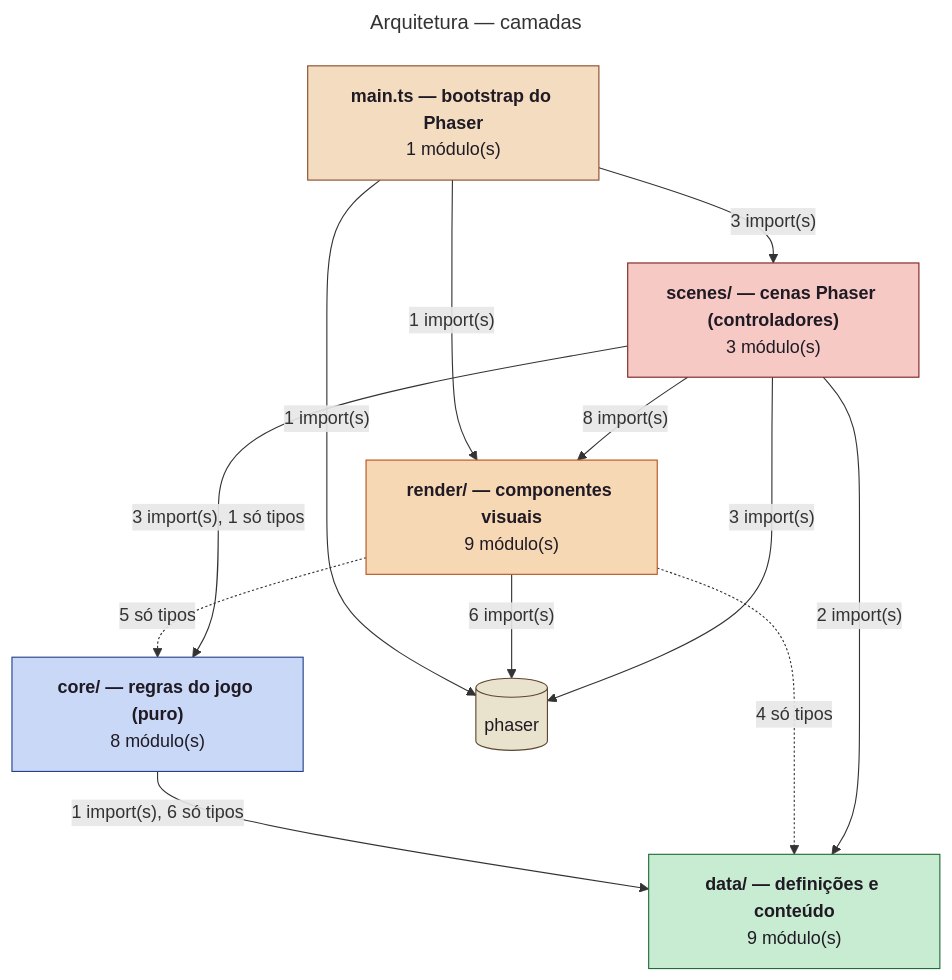
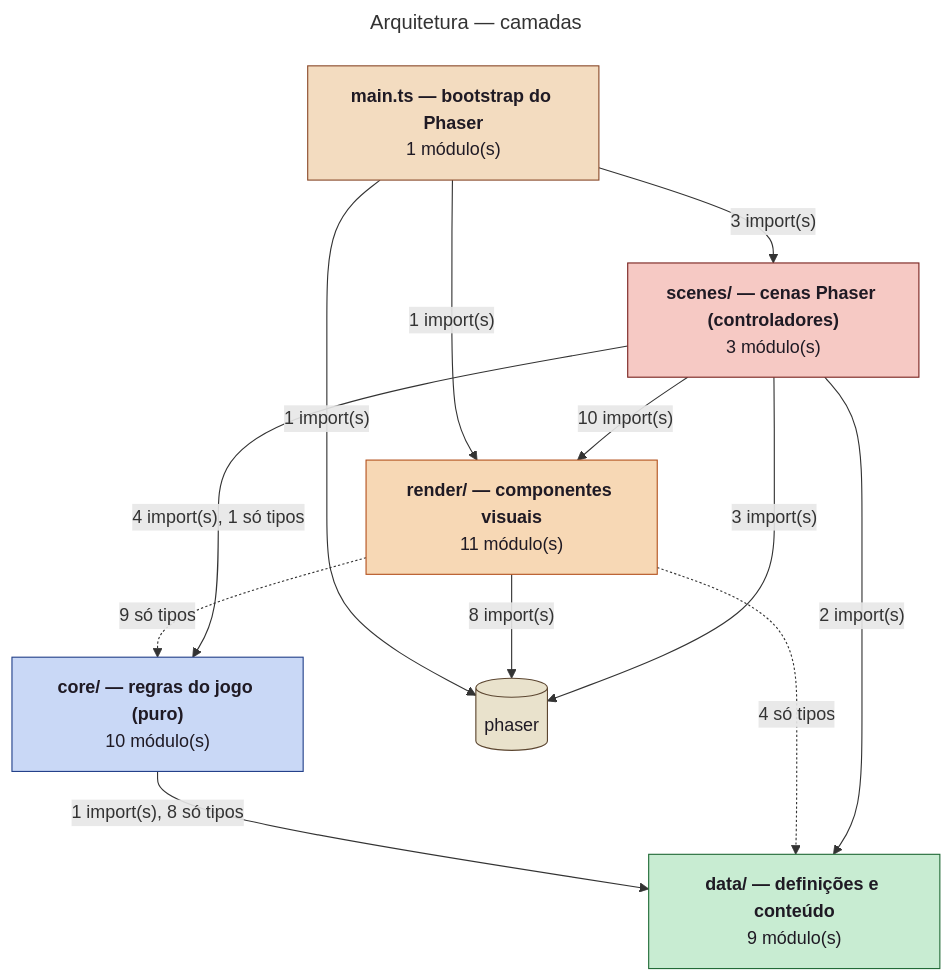
One commit to Pitossomos/fire-crest changed the first of 2 diagrams in docs/diagrams/architecture.md. Above: the diagram before and after it, drawn with Mermaid. The commit also changed other lines of this file and 13 other files, not shown here.

````diff
--- a/docs/diagrams/architecture.md
+++ b/docs/diagrams/architecture.md
@@ -11,30 +11,30 @@
 ```mermaid
 ---
 title: Arquitetura — camadas
 ---
 flowchart TB
   app["<b>main.ts — bootstrap do Phaser</b><br/>1 módulo(s)"]:::layer_app
   scenes["<b>scenes/ — cenas Phaser (controladores)</b><br/>3 módulo(s)"]:::layer_scenes
-  render["<b>render/ — componentes visuais</b><br/>9 módulo(s)"]:::layer_render
-  core["<b>core/ — regras do jogo (puro)</b><br/>8 módulo(s)"]:::layer_core
+  render["<b>render/ — componentes visuais</b><br/>11 módulo(s)"]:::layer_render
+  core["<b>core/ — regras do jogo (puro)</b><br/>10 módulo(s)"]:::layer_core
   data["<b>data/ — definições e conteúdo</b><br/>9 módulo(s)"]:::layer_data
   ext_phaser[("phaser")]:::external
   app -->|"1 import(s)"| ext_phaser
   app -->|"1 import(s)"| render
   app -->|"3 import(s)"| scenes
-  core -->|"1 import(s), 6 só tipos"| data
-  render -.->|"5 só tipos"| core
+  core -->|"1 import(s), 8 só tipos"| data
+  render -.->|"9 só tipos"| core
   render -.->|"4 só tipos"| data
-  render -->|"6 import(s)"| ext_phaser
-  scenes -->|"3 import(s), 1 só tipos"| core
+  render -->|"8 import(s)"| ext_phaser
+  scenes -->|"4 import(s), 1 só tipos"| core
   scenes -->|"2 import(s)"| data
   scenes -->|"3 import(s)"| ext_phaser
-  scenes -->|"8 import(s)"| render
+  scenes -->|"10 import(s)"| render
   classDef external fill:#e9e2cc,stroke:#5c4630,color:#1f1a24
   classDef layer_app fill:#f3dcc0,stroke:#8a4a2a,color:#1f1a24
   classDef layer_scenes fill:#f6c9c4,stroke:#7a2420,color:#1f1a24
   classDef layer_render fill:#f7d8b5,stroke:#b4531f,color:#1f1a24
   classDef layer_core fill:#c9d8f6,stroke:#24418a,color:#1f1a24
   classDef layer_data fill:#c8ecd2,stroke:#226b37,color:#1f1a24
   classDef layer_save fill:#ddd2f2,stroke:#4b3a6b,color:#1f1a24
 ```
````
